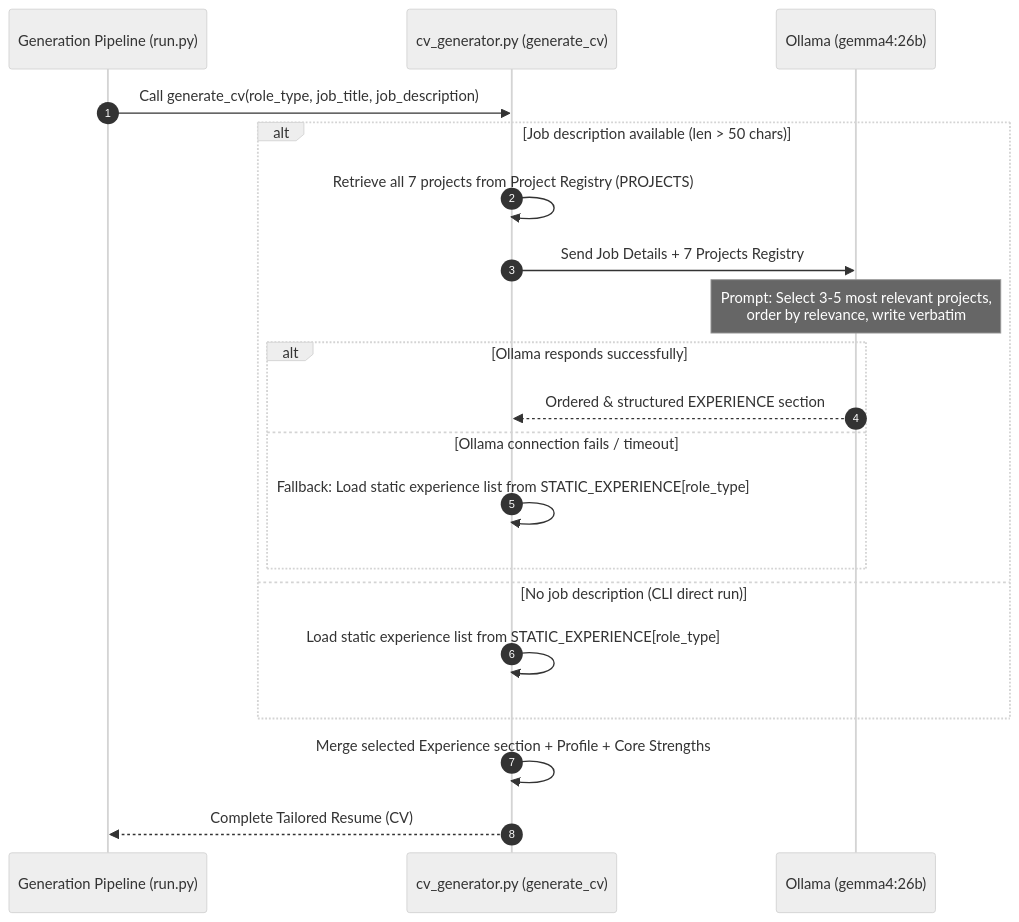
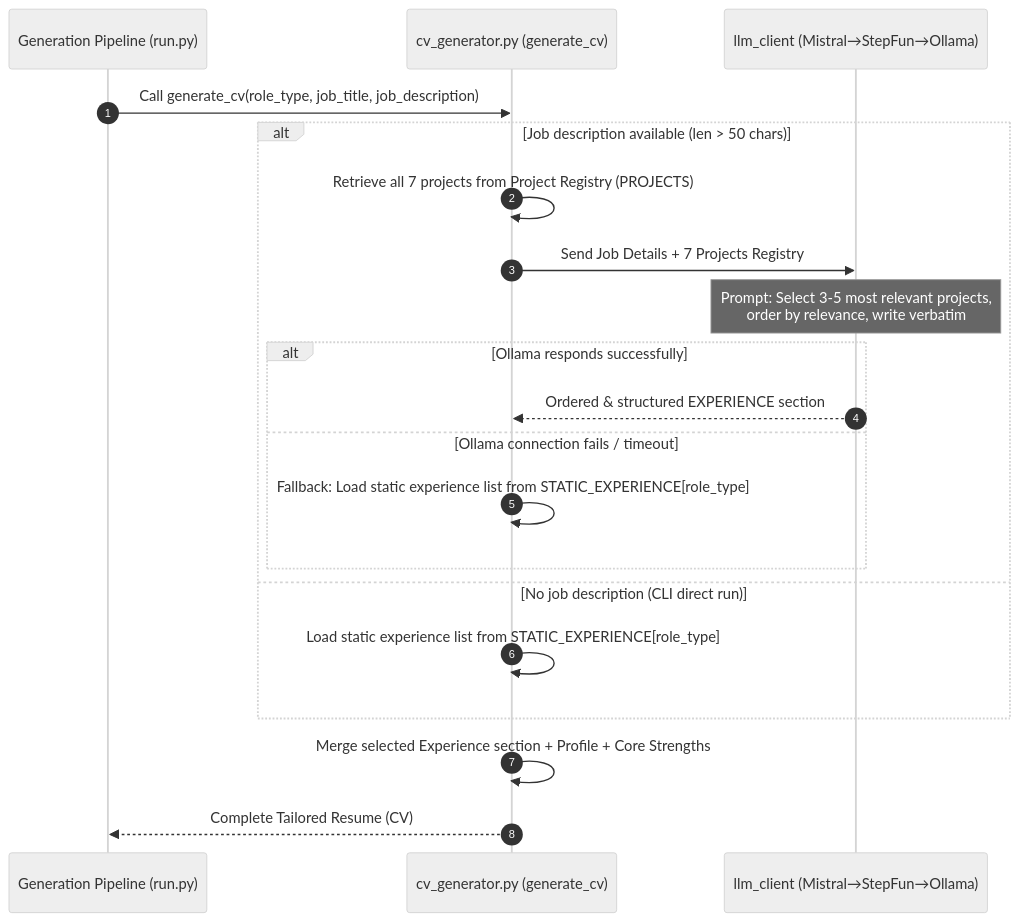
Before and after one commit to 0xkz1/Job-Intelligence-System: the second of 2 diagrams in ARCHITECTURE.md, drawn with Mermaid (neutral theme). The commit also changed other lines of this file and 2 other files, not shown here.

First line of the commit message:
docs: sync README/ARCHITECTURE with implementation; add architecture diagram

````diff
--- a/ARCHITECTURE.md
+++ b/ARCHITECTURE.md
@@ -160,24 +162,24 @@
 ```mermaid
 sequenceDiagram
     autonumber
     participant Pipeline as Generation Pipeline (run.py)
     participant CVG as cv_generator.py (generate_cv)
-    participant OLL as Ollama (gemma4:26b)
+    participant OLL as llm_client (Mistral→StepFun→Ollama)
 
     Pipeline->>CVG: Call generate_cv(role_type, job_title, job_description)
     alt Job description available (len > 50 chars)
         CVG->>CVG: Retrieve all 7 projects from Project Registry (PROJECTS)
         CVG->>OLL: Send Job Details + 7 Projects Registry
         Note over OLL: Prompt: Select 3-5 most relevant projects,<br/>order by relevance, write verbatim
 
         alt Ollama responds successfully
             OLL-->>CVG: Ordered & structured EXPERIENCE section
         else Ollama connection fails / timeout
             CVG->>CVG: Fallback: Load static experience list from STATIC_EXPERIENCE[role_type]
         end
     else No job description (CLI direct run)
         CVG->>CVG: Load static experience list from STATIC_EXPERIENCE[role_type]
     end
     CVG->>CVG: Merge selected Experience section + Profile + Core Strengths
     CVG-->>Pipeline: Complete Tailored Resume (CV)
 ```
````
